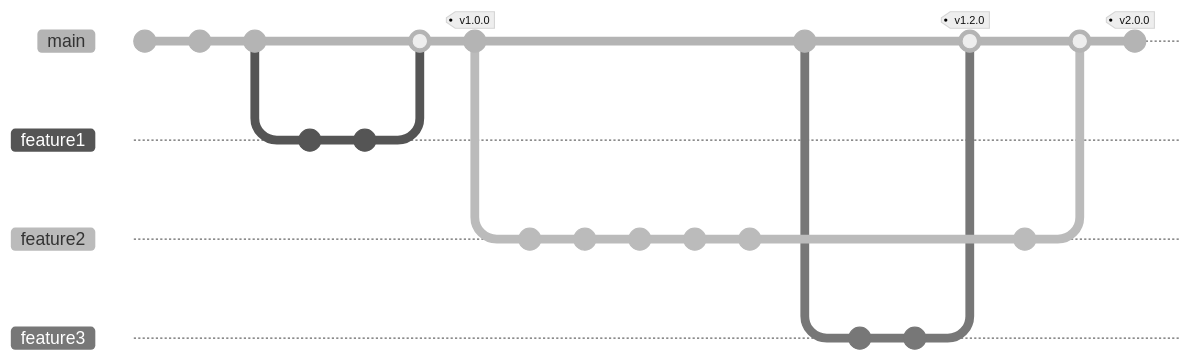
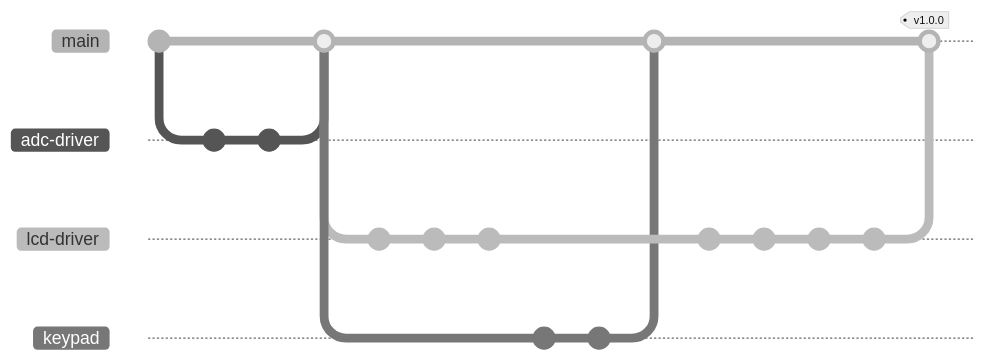
The diagram in slides.md (msu-eele-465/intro-to-git), drawn with Mermaid (neutral theme) before and after one commit. Commit ids are hidden.

Commit message:
update feature branch diagram
- change from checkout to switch
- don't make any commits on main

````diff
--- a/slides.md
+++ b/slides.md
@@ -540,33 +540,29 @@
 ```mermaid {scale: 1.4, theme: 'base'}
 gitGraph:
+  commit id: "intial-commit"
+  branch adc-driver
+  switch adc-driver
+  commit
+  commit
+  switch main
+  merge adc-driver 
+  branch lcd-driver
+  switch lcd-driver
   commit
   commit
   commit
-  branch feature1
-  checkout feature1
+  switch main
+  branch keypad
+  switch keypad
   commit
   commit
-  checkout main
-  merge feature1
-  commit tag: "v1.0.0"
-  branch feature2
-  commit
-  commit
-  checkout feature2
+  switch main
+  merge keypad 
+  switch lcd-driver
   commit
   commit
   commit
-  checkout main
-  commit "v.1.1.0"
-  branch feature3
-  checkout feature3
   commit
-  commit
-  checkout main
-  merge feature3 tag: "v1.2.0"
-  checkout feature2
-  commit
-  checkout main
-  merge feature2
-  commit tag: "v2.0.0"
+  switch main
+  merge lcd-driver tag: "v1.0.0"
 ```
````
